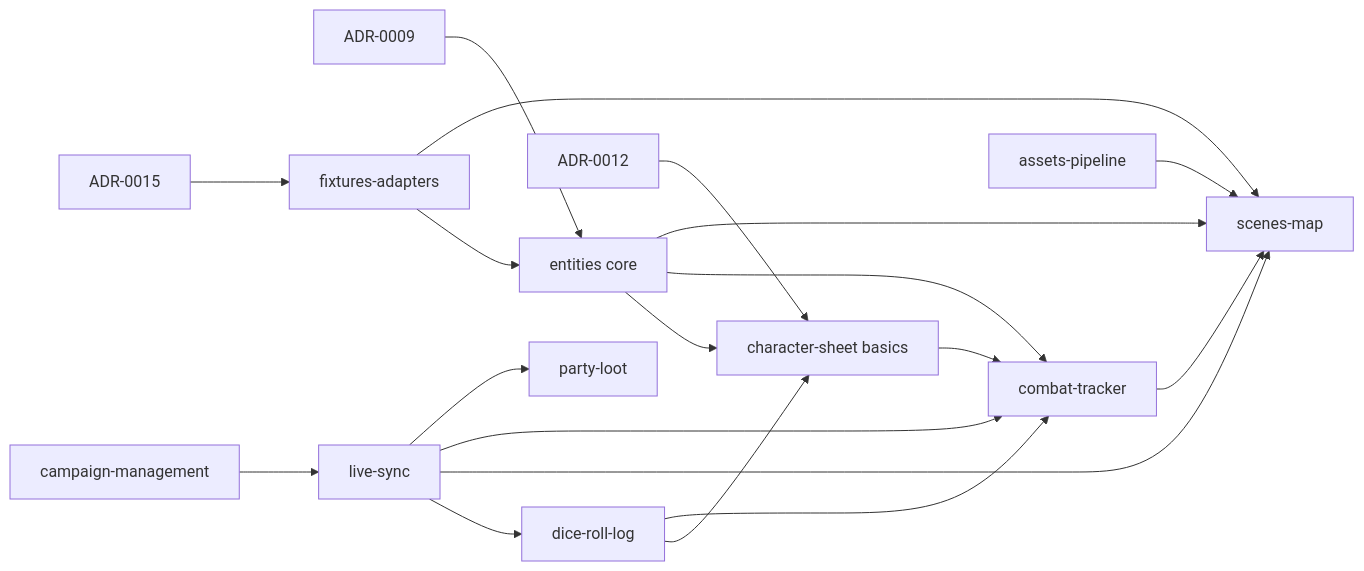
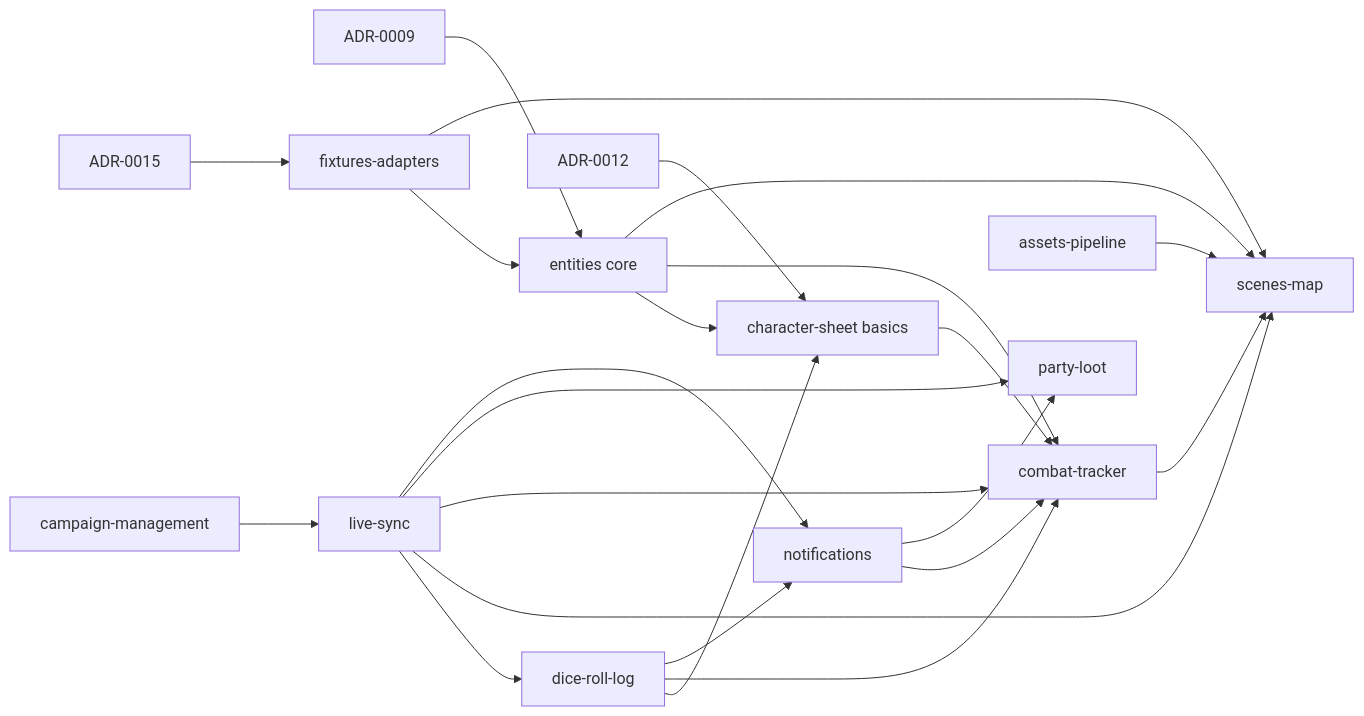
Before and after one commit to szymonbalasz/pocket-plane: the diagram in docs/roadmap.md, drawn with Mermaid. The commit also changed other lines of this file and 7 other files, not shown here.

````diff
--- a/docs/roadmap.md
+++ b/docs/roadmap.md
@@ -22,21 +22,25 @@
 ```mermaid
 graph LR
   A9[ADR-0009] --> ENT[entities core]
   A15[ADR-0015] --> FIX[fixtures-adapters]
   A12[ADR-0012] --> CHR[character-sheet basics]
   CAMP[campaign-management] --> SYNC[live-sync]
   SYNC --> DICE[dice-roll-log]
   SYNC --> MAP[scenes-map]
   SYNC --> CBT[combat-tracker]
   SYNC --> LOOT[party-loot]
   ASSET[assets-pipeline] --> MAP
   ENT --> CHR
   ENT --> CBT
   ENT --> MAP
   FIX --> ENT
   FIX --> MAP
   DICE --> CHR
   DICE --> CBT
+  SYNC --> NOTE[notifications]
+  DICE --> NOTE
+  NOTE --> CBT
+  NOTE --> LOOT
   CHR --> CBT
   CBT --> MAP
 ```
````
